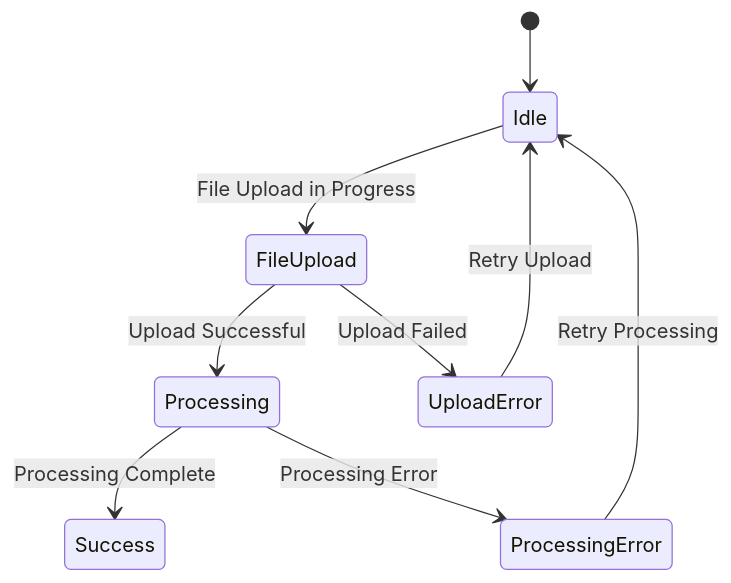
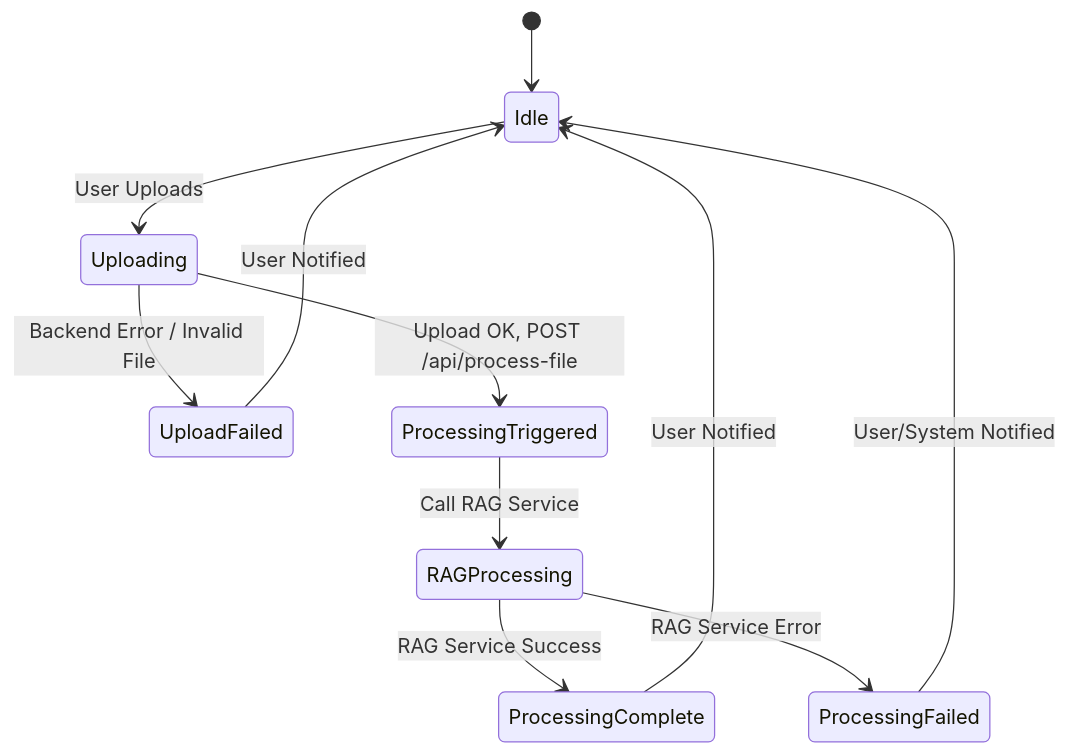
The eighth of 9 diagrams in documentation/app_flow_document.md (VenkateshShivandi/ESG_Reporting), drawn with Mermaid before and after one commit. The commit also changed other lines of this file and 26 other files, not shown here.

````diff
--- a/documentation/app_flow_document.md
+++ b/documentation/app_flow_document.md
@@ -161,12 +219,14 @@
 ```mermaid
 stateDiagram-v2
     [*] --> Idle
-    Idle --> FileUpload: File Upload in Progress
-    FileUpload --> Processing: Upload Successful
-    FileUpload --> UploadError: Upload Failed
-    Processing --> Success: Processing Complete
-    Processing --> ProcessingError: Processing Error
-    UploadError --> Idle: Retry Upload
-    ProcessingError --> Idle: Retry Processing
+    Idle --> Uploading : User Uploads
+    Uploading --> UploadFailed : Backend Error / Invalid File
+    Uploading --> ProcessingTriggered : Upload OK, POST /api/process-file
+    UploadFailed --> Idle : User Notified
 
+    ProcessingTriggered --> RAGProcessing : Call RAG Service
+    RAGProcessing --> ProcessingComplete : RAG Service Success
+    RAGProcessing --> ProcessingFailed : RAG Service Error
+    ProcessingFailed --> Idle : User/System Notified
+    ProcessingComplete --> Idle : User Notified
 ```
````
